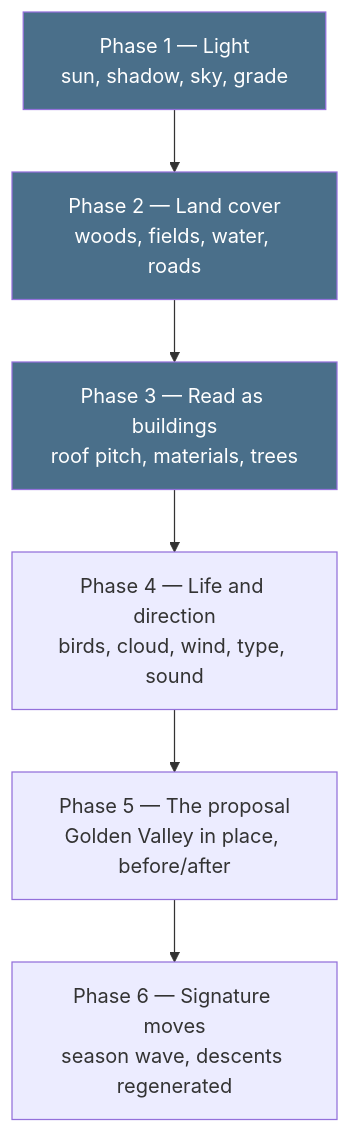
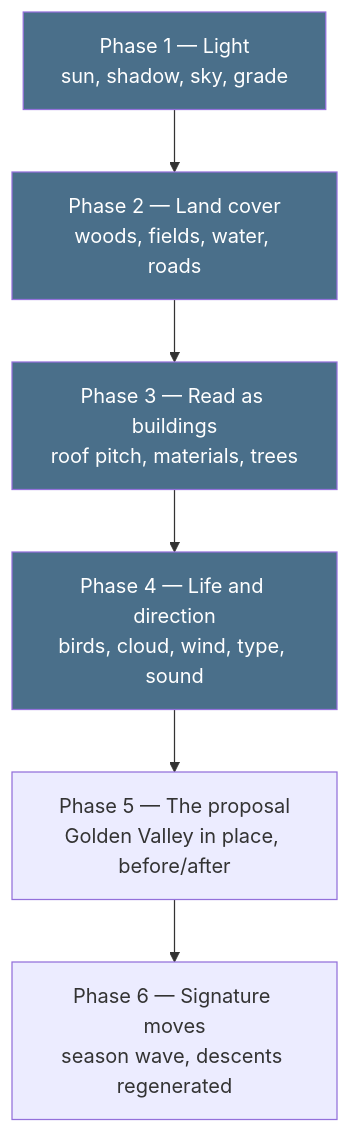
One commit to creativedexy/spatial-art-lab changed the diagram in plans/living-map-lookdev-plan.md. Above: the diagram before and after it, drawn with Mermaid. The commit also changed other lines of this file and 17 other files, not shown here.

````diff
--- a/plans/living-map-lookdev-plan.md
+++ b/plans/living-map-lookdev-plan.md
@@ -44,11 +44,12 @@
 ```mermaid
 flowchart TD
   P1["Phase 1 — Light<br/>sun, shadow, sky, grade"] --> P2["Phase 2 — Land cover<br/>woods, fields, water, roads"]
   P2 --> P3["Phase 3 — Read as buildings<br/>roof pitch, materials, trees"]
   P3 --> P4["Phase 4 — Life and direction<br/>birds, cloud, wind, type, sound"]
   P4 --> P5["Phase 5 — The proposal<br/>Golden Valley in place, before/after"]
   P5 --> P6["Phase 6 — Signature moves<br/>season wave, descents regenerated"]
   style P1 fill:#4a6f8a,color:#fff
   style P2 fill:#4a6f8a,color:#fff
   style P3 fill:#4a6f8a,color:#fff
+  style P4 fill:#4a6f8a,color:#fff
 ```
````
